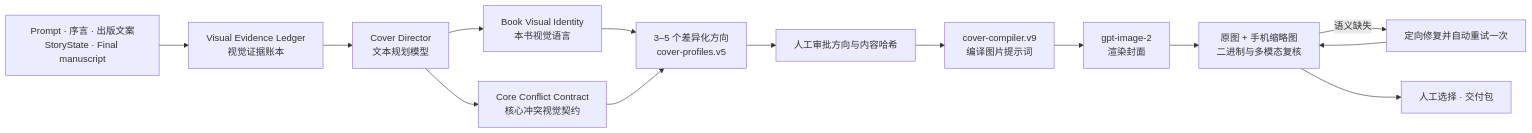
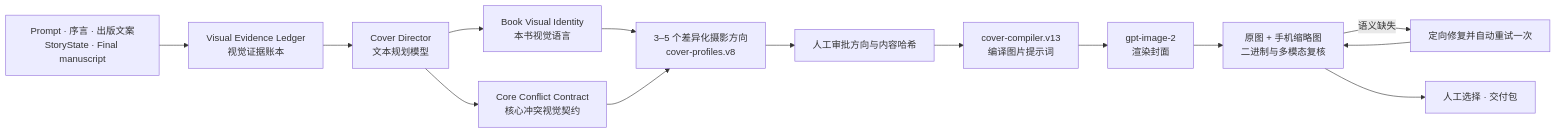
The fifth of 5 diagrams in README.md (maxliu9403/novel-os), drawn with Mermaid before and after one commit. The commit also changed other lines of this file and 83 other files, not shown here.

````diff
--- a/README.md
+++ b/README.md
@@ -505,15 +505,15 @@
 ```mermaid
 flowchart LR
     S["Prompt · 序言 · 出版文案<br/>StoryState · Final manuscript"] --> E["Visual Evidence Ledger<br/>视觉证据账本"]
     E --> D["Cover Director<br/>文本规划模型"]
     D --> V["Book Visual Identity<br/>本书视觉语言"]
     D --> C["Core Conflict Contract<br/>核心冲突视觉契约"]
-    V & C --> P["3–5 个差异化方向<br/>cover-profiles.v5"]
+    V & C --> P["3–5 个差异化摄影方向<br/>cover-profiles.v8"]
     P --> A["人工审批方向与内容哈希"]
-    A --> X["cover-compiler.v9<br/>编译图片提示词"]
+    A --> X["cover-compiler.v13<br/>编译图片提示词"]
     X --> I["gpt-image-2<br/>渲染封面"]
     I --> Q["原图 + 手机缩略图<br/>二进制与多模态复核"]
     Q -->|语义缺失| R["定向修复并自动重试一次"]
     R --> Q
     Q --> H["人工选择 · 交付包"]
 ```
````
